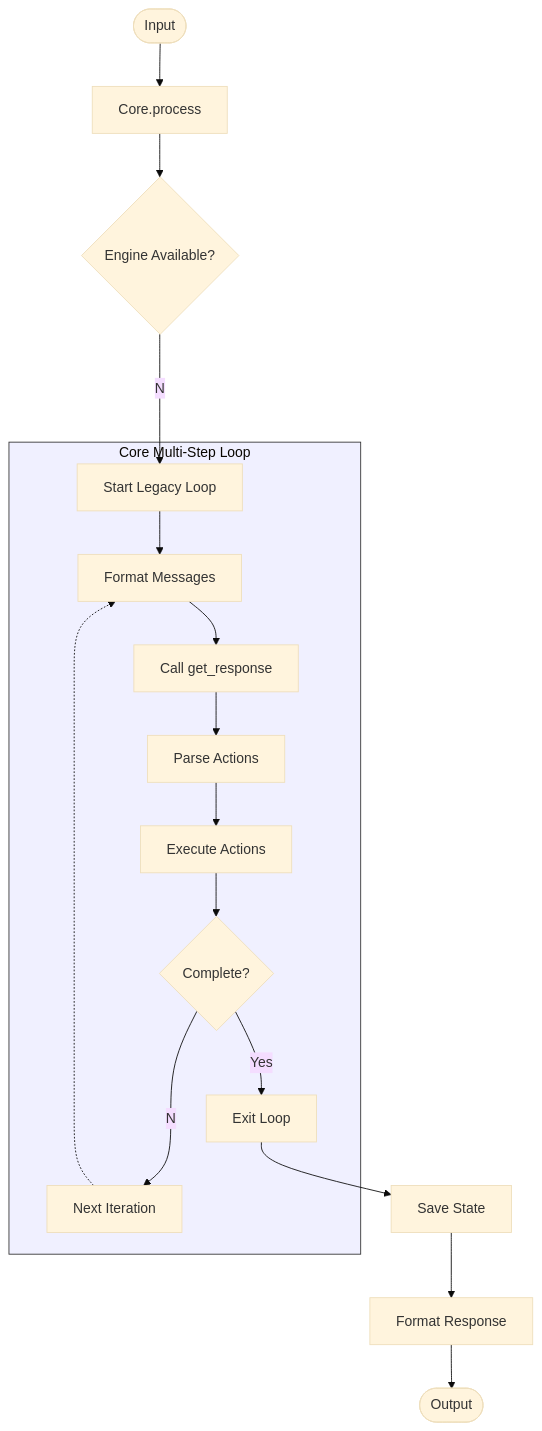
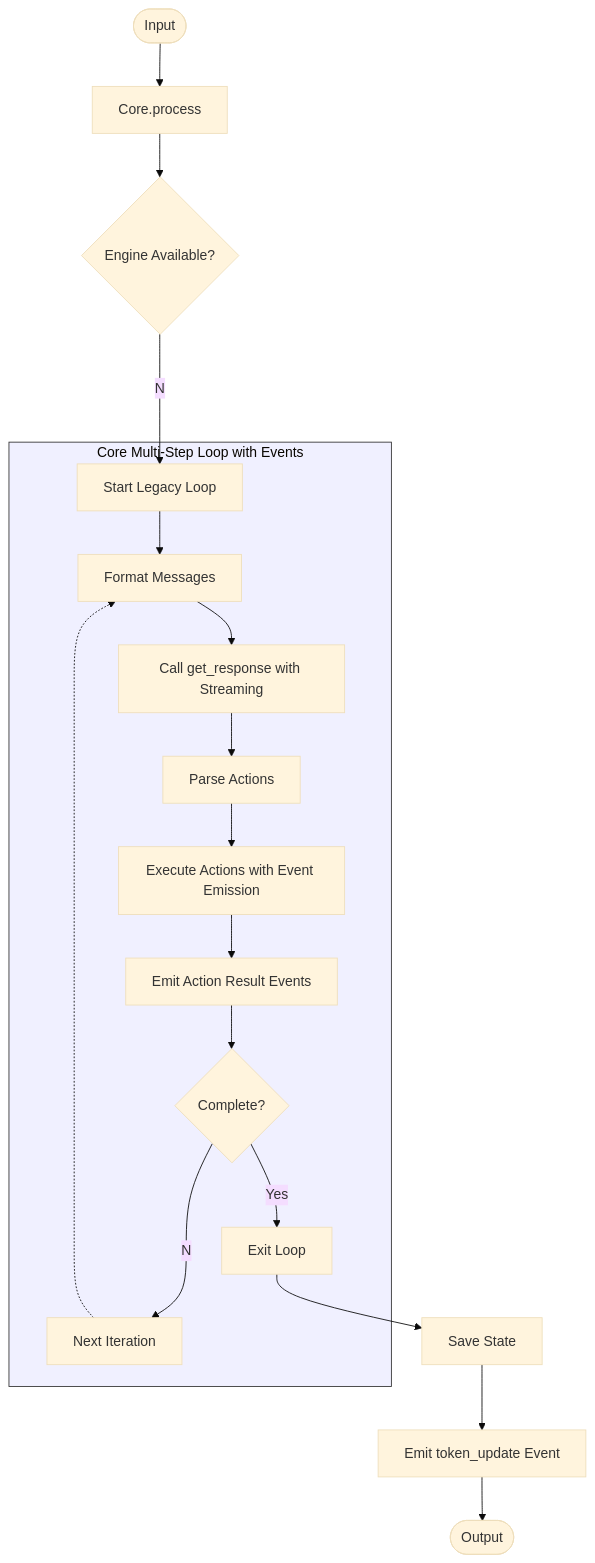
One commit to Maximooch/penguin changed the third of 3 diagrams in docs/docs/api_reference/core.md. Above: the diagram before and after it, drawn with Mermaid (base theme). The commit also changed other lines of this file and 6 other files, not shown here.

````diff
--- a/docs/docs/api_reference/core.md
+++ b/docs/docs/api_reference/core.md
@@ -100,23 +144,24 @@
 ```mermaid
 flowchart TD
     Start([Input])-->CoreProcess[Core.process]
     CoreProcess-->CheckEngine{Engine Available?}
     CheckEngine--No-->StartLegacyLoop[Start Legacy Loop]
 
-    subgraph LegacyLoop[Core Multi-Step Loop]
+    subgraph LegacyLoop[Core Multi-Step Loop with Events]
         StartLegacyLoop-->FormatMessages[Format Messages]
-        FormatMessages-->CallGetResponse[Call get_response]
+        FormatMessages-->CallGetResponse[Call get_response with Streaming]
         CallGetResponse-->ParseActions[Parse Actions]
-        ParseActions-->ExecuteActions[Execute Actions]
-        ExecuteActions-->CheckCompletion{Complete?}
+        ParseActions-->ExecuteActions[Execute Actions with Event Emission]
+        ExecuteActions-->EmitActionResults[Emit Action Result Events]
+        EmitActionResults-->CheckCompletion{Complete?}
         CheckCompletion--No-->NextIteration[Next Iteration]
         NextIteration-.->FormatMessages
         CheckCompletion--Yes-->ExitLegacyLoop[Exit Loop]
     end
 
     ExitLegacyLoop-->SaveState[Save State]
-    SaveState-->FormatResponse[Format Response]
-    FormatResponse-->End([Output])
+    SaveState-->EmitTokenEvent[Emit token_update Event]
+    EmitTokenEvent-->End([Output])
 
     style LegacyLoop fill:#f0f0ff,stroke:#333,stroke-width:1px
 ```
````
